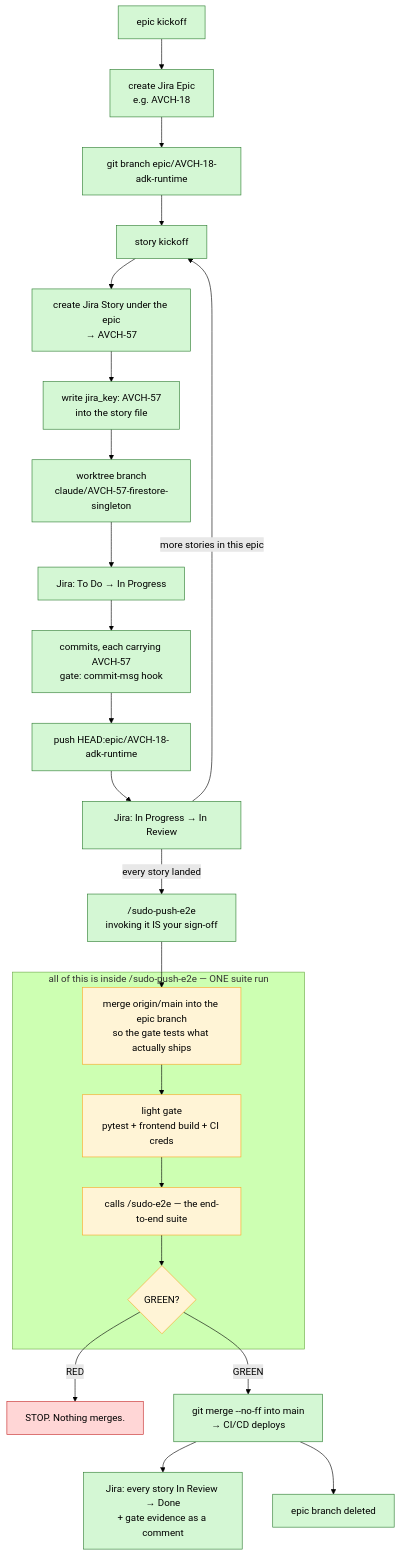
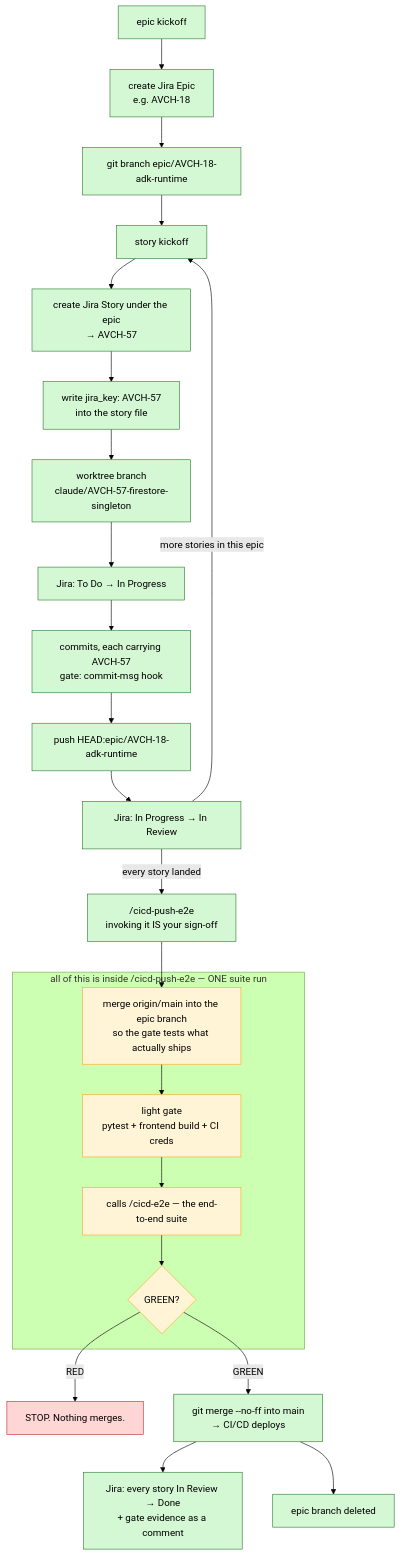
Before and after one commit to sudomadhatter/Sudo_Hatter_Command: the sixth of 9 diagrams in _my_resources/diagrams_guides/system/jira_integration_guide.md, drawn with Mermaid (forest theme). The commit also changed other lines of this file and 402 other files, not shown here.

````diff
--- a/_my_resources/diagrams_guides/system/jira_integration_guide.md
+++ b/_my_resources/diagrams_guides/system/jira_integration_guide.md
@@ -308,37 +308,37 @@
 ```mermaid
 flowchart TD
     START["epic kickoff"] --> EPICJ["create Jira Epic\ne.g. AVCH-18"]
     EPICJ --> EPICB["git branch epic/AVCH-18-adk-runtime"]
 
     EPICB --> STORY["story kickoff"]
     STORY --> TICKET["create Jira Story under the epic\n→ AVCH-57"]
     TICKET --> STAMP["write jira_key: AVCH-57\ninto the story file"]
     STAMP --> WT["worktree branch\nclaude/AVCH-57-firestore-singleton"]
 
     WT --> INPROG["Jira: To Do → In Progress"]
     INPROG --> WORK["commits, each carrying AVCH-57\ngate: commit-msg hook"]
     WORK --> LAND["push HEAD:epic/AVCH-18-adk-runtime"]
     LAND --> REVIEW["Jira: In Progress → In Review"]
     REVIEW -->|"more stories in this epic"| STORY
     REVIEW -->|"every story landed"| SHIP
 
-    SHIP["/sudo-push-e2e\ninvoking it IS your sign-off"] --> SYNC
+    SHIP["/cicd-push-e2e\ninvoking it IS your sign-off"] --> SYNC
 
-    subgraph PUSH["all of this is inside /sudo-push-e2e — ONE suite run"]
+    subgraph PUSH["all of this is inside /cicd-push-e2e — ONE suite run"]
         SYNC["merge origin/main into the epic branch\nso the gate tests what actually ships"] --> LIGHT
         LIGHT["light gate\npytest + frontend build + CI creds"] --> E2E
-        E2E["calls /sudo-e2e — the end-to-end suite"] --> VERDICT{"GREEN?"}
+        E2E["calls /cicd-e2e — the end-to-end suite"] --> VERDICT{"GREEN?"}
     end
 
     VERDICT -->|"RED"| STOP["STOP. Nothing merges."]
     VERDICT -->|"GREEN"| MERGE["git merge --no-ff into main\n→ CI/CD deploys"]
     MERGE --> DONE["Jira: every story In Review → Done\n+ gate evidence as a comment"]
     MERGE --> DEL["epic branch deleted"]
 
     classDef good fill:#d4f7d4,stroke:#2e7d32,color:#000
     classDef bad fill:#ffd6d6,stroke:#c62828,color:#000
     classDef gate fill:#fff4d6,stroke:#f9a825,color:#000
     class START,EPICJ,EPICB,STORY,TICKET,STAMP,WT,INPROG,WORK,LAND,REVIEW,SHIP,MERGE,DONE,DEL good
     class STOP bad
     class SYNC,LIGHT,E2E,VERDICT gate
 ```
````
